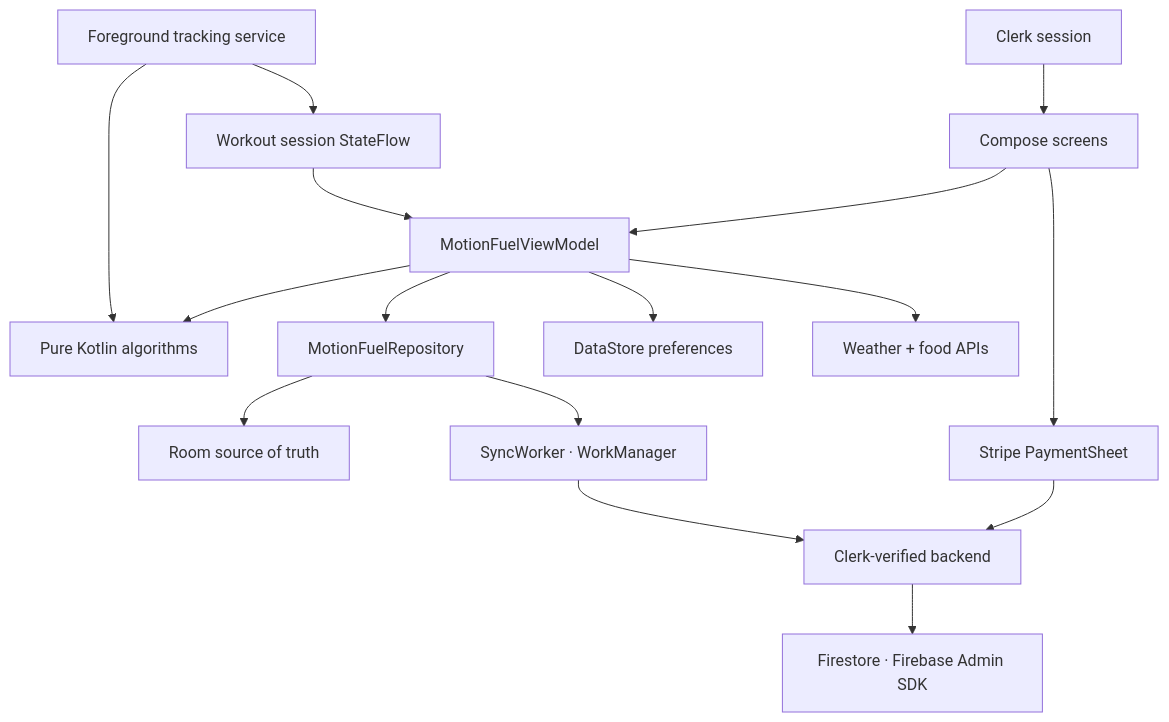
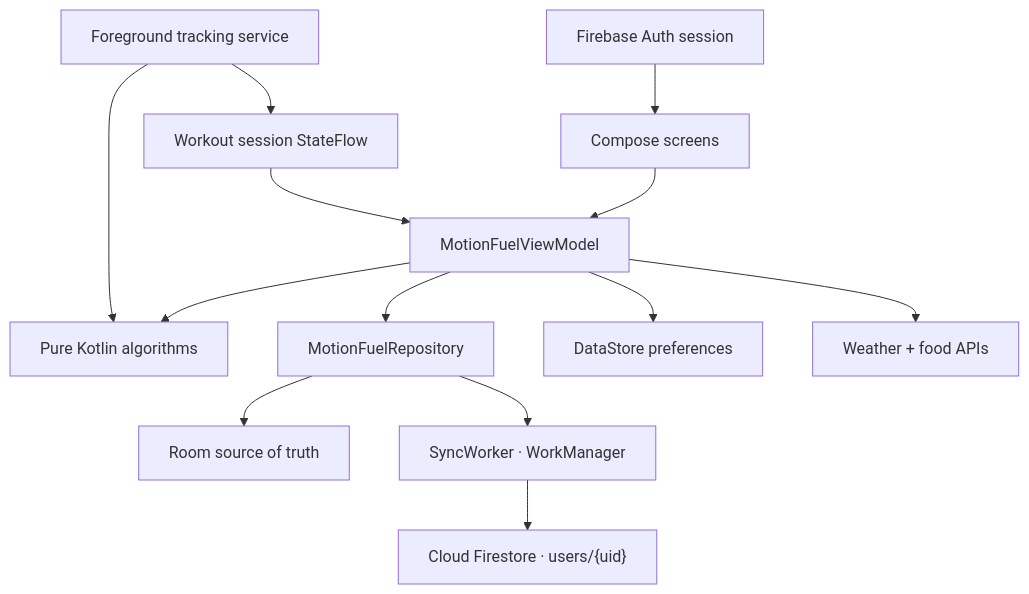
The diagram in README.md (ronitgandhi17/MotionFuel), drawn with Mermaid before and after one commit. The commit also changed other lines of this file and 33 other files, not shown here.

````diff
--- a/README.md
+++ b/README.md
@@ -67,18 +51,15 @@
 ```mermaid
 flowchart TD
-    Clerk["Clerk session"] --> UI["Compose screens"]
+    Auth["Firebase Auth session"] --> UI["Compose screens"]
     UI --> VM["MotionFuelViewModel"]
     VM --> Domain["Pure Kotlin algorithms"]
     VM --> Repo["MotionFuelRepository"]
     Service["Foreground tracking service"] --> Domain
     Service --> Session["Workout session StateFlow"]
     Session --> VM
     Repo --> Room["Room source of truth"]
     Repo --> Sync["SyncWorker · WorkManager"]
+    Sync --> Firestore["Cloud Firestore · users/{uid}"]
     VM --> DataStore["DataStore preferences"]
     VM --> APIs["Weather + food APIs"]
-    UI --> Stripe["Stripe PaymentSheet"]
-    Stripe --> Backend["Clerk-verified backend"]
-    Sync --> Backend
-    Backend --> Firestore["Firestore · Firebase Admin SDK"]
 ```
````
